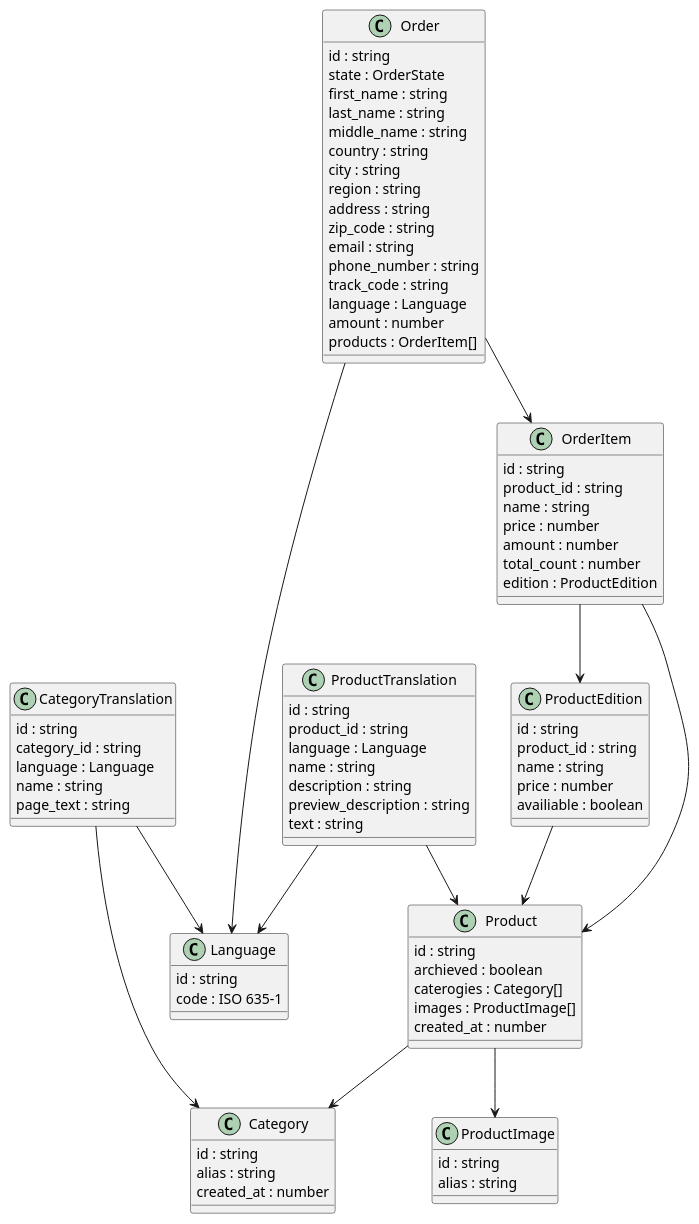
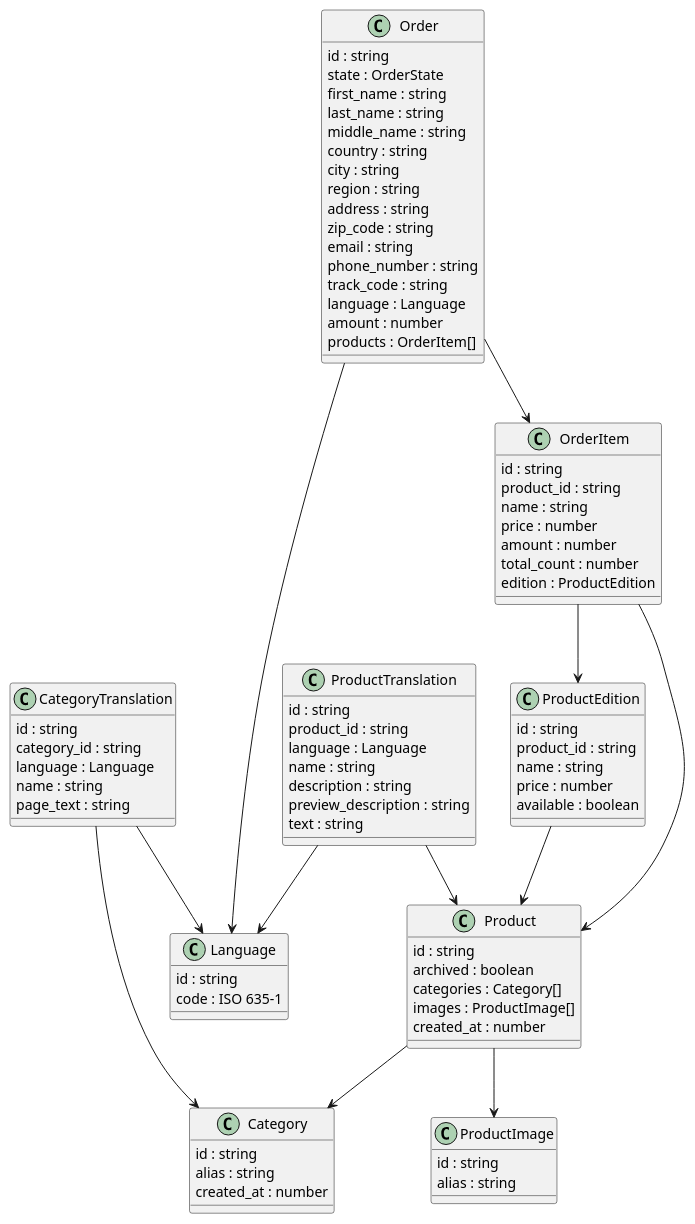
The diagram in docs/models.puml (async-devil/coffee-e-shop), drawn with PlantUML before and after one commit.

Commit message:
fix: fix typos

```diff
--- a/docs/models.puml
+++ b/docs/models.puml
@@ -1,93 +1,93 @@
 @startuml models
 
 class Language {
   id : string
   code : ISO 635-1
 }
 
 class Product {
   id : string
-  archieved : boolean
-  caterogies : Category[]
+  archived : boolean
+  categories : Category[]
   images : ProductImage[]
   created_at : number
 }
 Product --> Category
 Product --> ProductImage
 
 class ProductTranslation {
   id : string
   product_id : string
   language : Language
   name : string
   description : string
   preview_description : string
   text : string
 }
 ProductTranslation --> Product
 ProductTranslation --> Language
 
 class ProductEdition {
   id : string
   product_id : string
   name : string
   price : number
-  availiable : boolean
+  available : boolean
 }
 ProductEdition --> Product
 
 class ProductImage {
   id : string
   alias : string
 }
 
 class Category {
   id : string
   alias : string
   created_at : number
 }
 
 class CategoryTranslation {
   id : string
   category_id : string
   language : Language
   name : string
   page_text : string
 }
 CategoryTranslation --> Category
 CategoryTranslation --> Language
 
 class Order {
   id : string
   state : OrderState
   first_name : string
   last_name : string
   middle_name : string
   country : string
   city : string
   region : string
   address : string
   zip_code : string
   email : string
   phone_number : string
   track_code : string
   language : Language
   amount : number
   products : OrderItem[]
 }
 Order --> Language
 Order --> OrderItem
 
 class OrderItem {
   id : string
   product_id : string
   name : string
   price : number
   amount : number
   total_count : number
   edition : ProductEdition
 }
 OrderItem --> Product
 OrderItem --> ProductEdition
 
 @enduml
```
